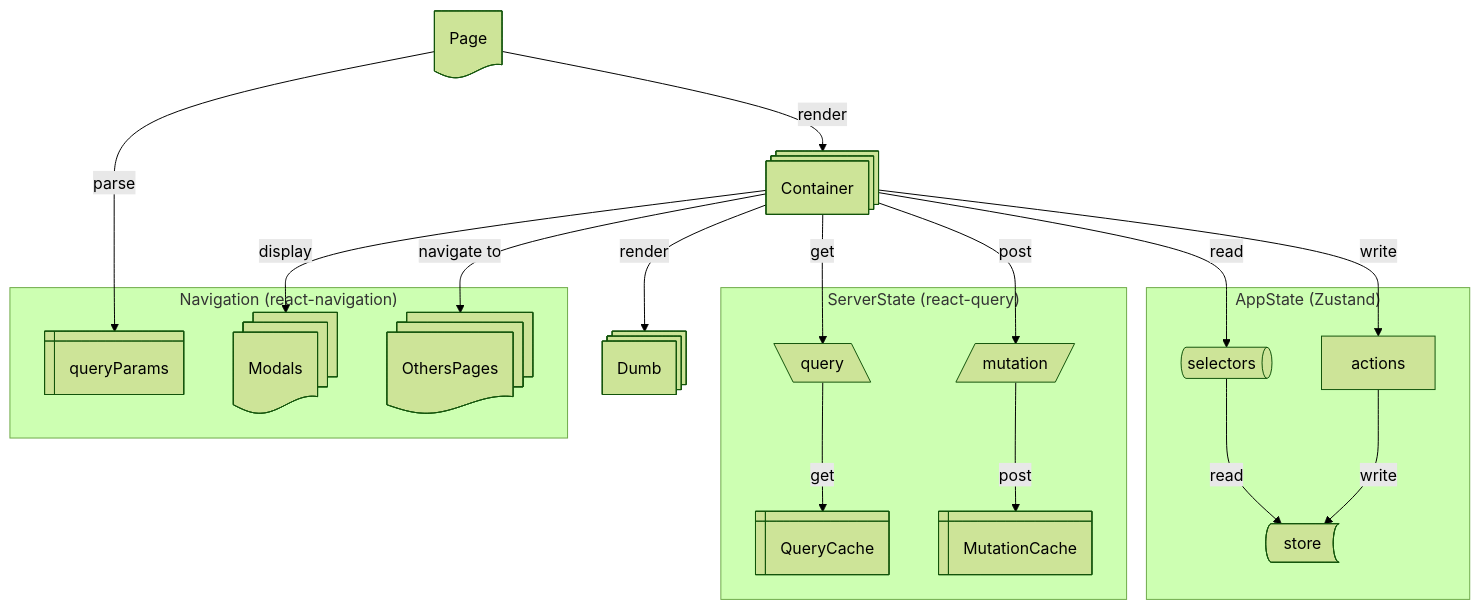
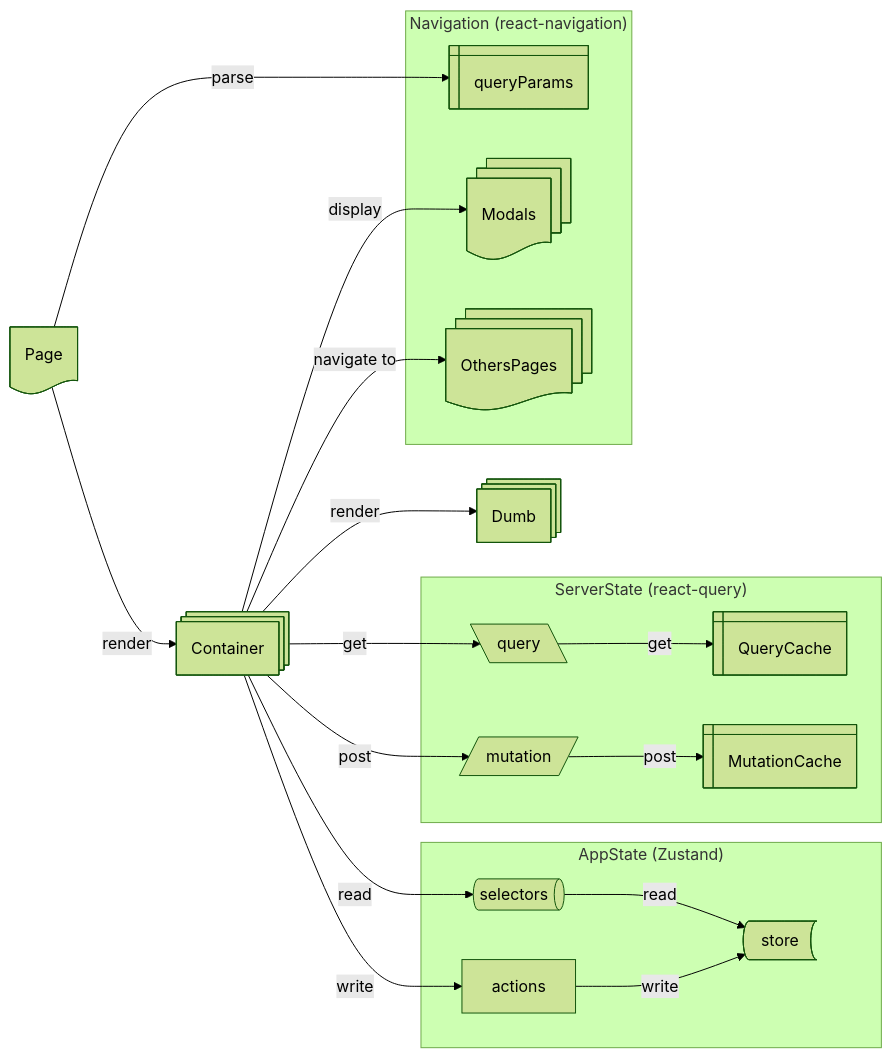
The fourth of 4 diagrams in audit.md (pass-culture/pass-culture-app-native), drawn with Mermaid (forest theme) before and after one commit.

````diff
--- a/audit.md
+++ b/audit.md
@@ -326,37 +326,37 @@
 ```mermaid
-flowchart TB
+flowchart LR
   subgraph AppState["AppState (Zustand)"]
     selectors@{ shape: das }
     actions
     store@{ shape: bow-rect }
 
     selectors -->|read| store
     actions -->|write| store
   end
 
   subgraph ServerState["ServerState (react-query)"]
     query@{ shape: lean-l }
     mutation@{ shape: lean-r }
 
     query -->|get| QueryCache@{ shape: win-pane }
     mutation -->|post| MutationCache@{ shape: win-pane }
   end
 
   subgraph Navigation["Navigation (react-navigation)"]
     queryParams@{ shape: win-pane }
     Modals@{ shape: processes }
     OthersPages@{ shape: processes }
   end
 
   Page@{ shape: doc }
   -->|render| Container@{ shape: processes }
   -->|render| Dumb@{ shape: processes }
 
   Page -->|parse| queryParams
   Container -->|read| selectors
   Container -->|write| actions
   Container -->|get| query
   Container -->|post| mutation
   Container -->|display| Modals@{ shape: docs }
   Container -->|navigate to| OthersPages@{ shape: docs }
 ```
````
